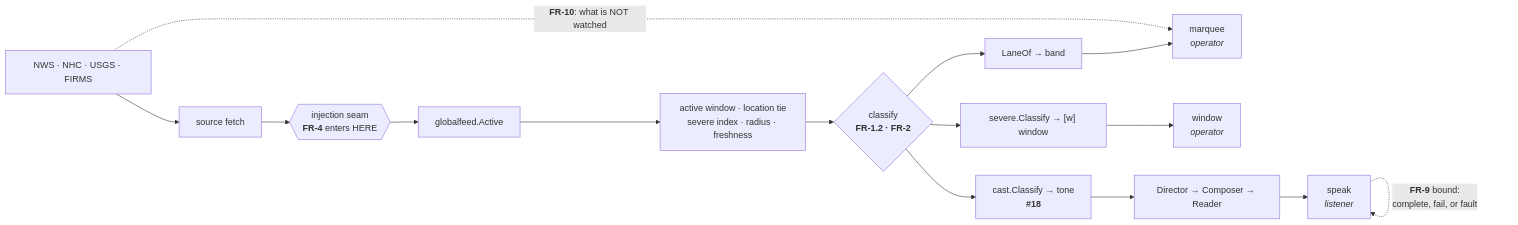
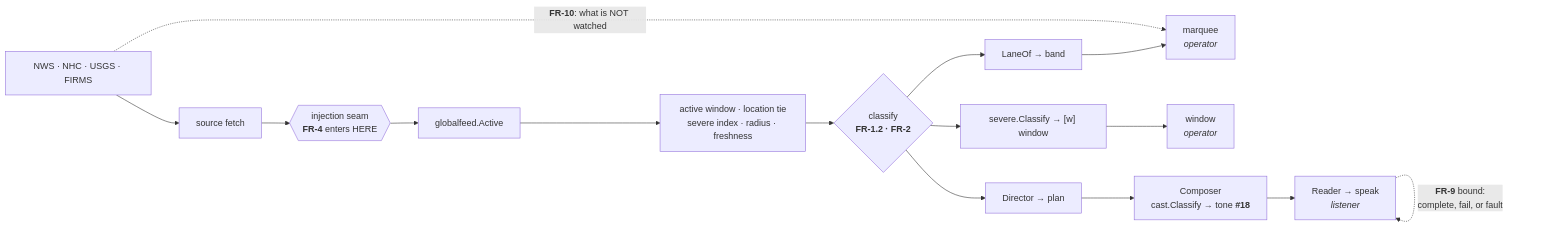
Before and after one commit to branden-thompson/watchpost: the second of 3 diagrams in 06_docs/02_features/0.15.0-pre-broadcaster-ui-improvements/08-reports/plan-report.md, drawn with Mermaid. The commit also changed other lines of this file and 1 other file, not shown here.

````diff
--- a/06_docs/02_features/0.15.0-pre-broadcaster-ui-improvements/08-reports/plan-report.md
+++ b/06_docs/02_features/0.15.0-pre-broadcaster-ui-improvements/08-reports/plan-report.md
@@ -143,17 +176,17 @@
 ```mermaid
 graph LR
   SRC["NWS · NHC · USGS · FIRMS"] --> FETCH["source fetch"]
   FETCH --> INJ{{"injection seam<br/><b>FR-4</b> enters HERE"}}
   INJ --> ACT["globalfeed.Active"]
   ACT --> SCOPE["active window · location tie<br/>severe index · radius · freshness"]
   SCOPE --> CLS{"classify<br/><b>FR-1.2 · FR-2</b>"}
   CLS --> LANE["LaneOf → band"]
   CLS --> TAB["severe.Classify → [w] window"]
-  CLS --> TONE["cast.Classify → tone<br/><b>#18</b>"]
   LANE --> BAND["marquee<br/><i>operator</i>"]
   TAB --> WIN["window<br/><i>operator</i>"]
-  TONE --> DIR["Director → Composer → Reader"]
-  DIR --> SPK["speak<br/><i>listener</i>"]
+  CLS --> DIR["Director → plan"]
+  DIR --> COMP["Composer<br/>cast.Classify → tone <b>#18</b>"]
+  COMP --> SPK["Reader → speak<br/><i>listener</i>"]
   SPK -.->|"<b>FR-9</b> bound:<br/>complete, fail, or fault"| SPK
   SRC -.->|"<b>FR-10</b>: what is NOT watched"| BAND
 ```
````
